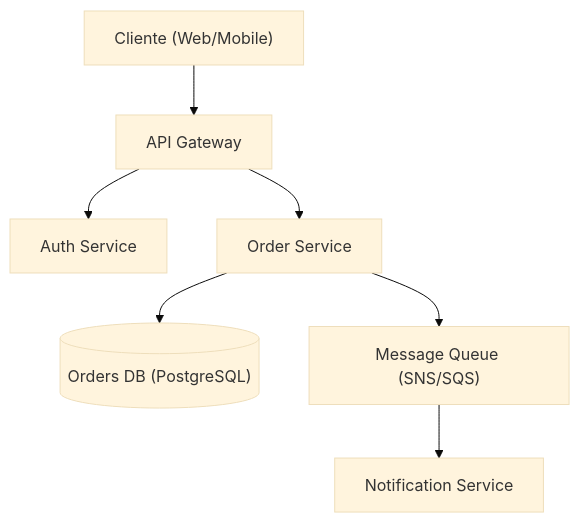
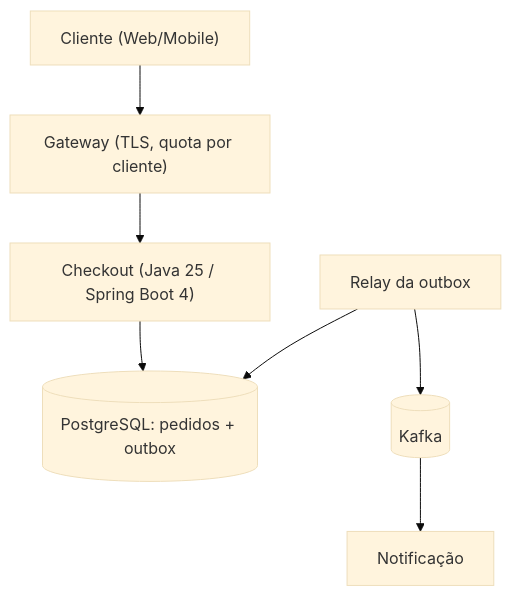
The diagram in skills/design-system-architecture/SKILL.md (srportto/skills-manager), drawn with Mermaid (base theme) before and after one commit. The commit also changed other lines of this file and 142 other files, not shown here.

````diff
--- a/skills/design-system-architecture/SKILL.md
+++ b/skills/design-system-architecture/SKILL.md
@@ -97,9 +106,9 @@
 ```mermaid
 graph TD
-    Client["Cliente (Web/Mobile)"] --> Gateway["API Gateway"]
-    Gateway --> AuthSvc["Auth Service"]
-    Gateway --> OrderSvc["Order Service"]
-    OrderSvc --> DB[("Orders DB (PostgreSQL)")]
-    OrderSvc --> Queue["Message Queue (SNS/SQS)"]
-    Queue --> NotifySvc["Notification Service"]
+    Client["Cliente (Web/Mobile)"] --> Gateway["Gateway (TLS, quota por cliente)"]
+    Gateway --> Checkout["Checkout (Java 25 / Spring Boot 4)"]
+    Checkout --> DB[("PostgreSQL: pedidos + outbox")]
+    Relay["Relay da outbox"] --> DB
+    Relay --> Kafka[("Kafka")]
+    Kafka --> Notificacao["Notificação"]
 ```
````
